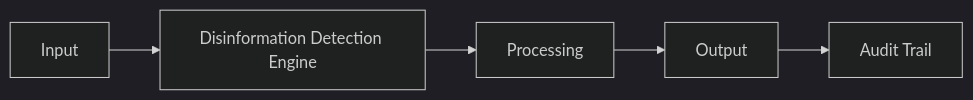
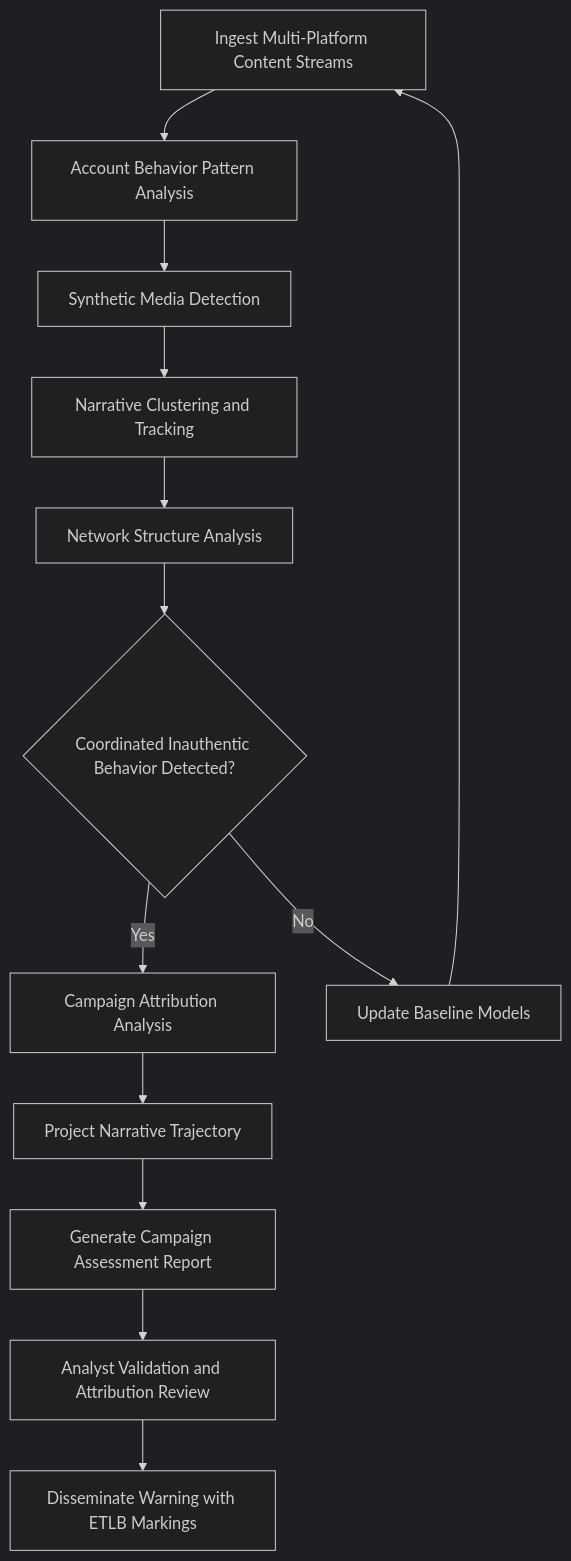
The diagram in docs/audiences/02-defense-security/disinformation-detection-engine.mdx (andrew-leo-2024/marketplace-docs), drawn with Mermaid (dark theme) before and after one commit. The commit also changed other lines of this file and 401 other files, not shown here.

````diff
--- a/docs/audiences/02-defense-security/disinformation-detection-engine.mdx
+++ b/docs/audiences/02-defense-security/disinformation-detection-engine.mdx
@@ -29,7 +35,15 @@
 ```mermaid
-graph LR
-    A[Input] --> B[Disinformation Detection Engine]
-    B --> C[Processing]
-    C --> D[Output]
-    D --> E[Audit Trail]
+graph TD
+    A[Ingest Multi-Platform Content Streams] --> B[Account Behavior Pattern Analysis]
+    B --> C[Synthetic Media Detection]
+    C --> D[Narrative Clustering and Tracking]
+    D --> E[Network Structure Analysis]
+    E --> F{Coordinated Inauthentic Behavior Detected?}
+    F -->|Yes| G[Campaign Attribution Analysis]
+    F -->|No| H[Update Baseline Models]
+    G --> I[Project Narrative Trajectory]
+    I --> J[Generate Campaign Assessment Report]
+    J --> K[Analyst Validation and Attribution Review]
+    K --> L[Disseminate Warning with ETLB Markings]
+    H --> A
 ```
````
